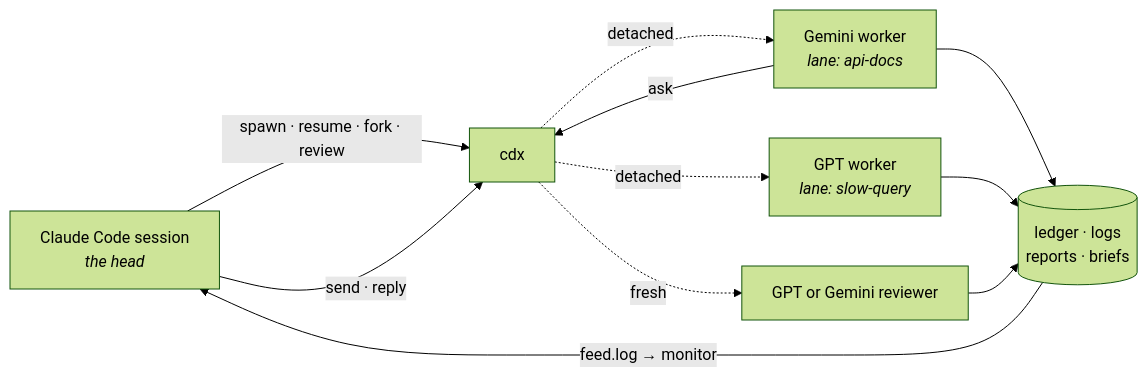
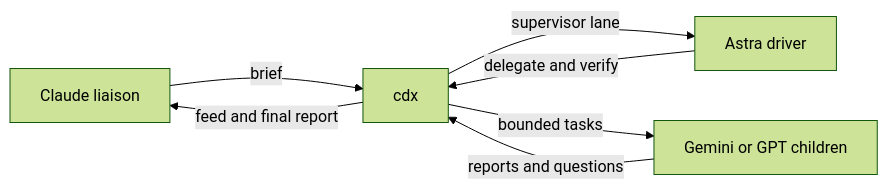
One commit to RedesignedRobot/cdx changed the diagram in README.md. Above: the diagram before and after it, drawn with Mermaid (forest theme). The commit also changed other lines of this file and 4 other files, not shown here.

First line of the commit message:
cdx 4.0.0: Astra drives, lean tests, doctor covers every Codex home

````diff
--- a/README.md
+++ b/README.md
@@ -109,13 +109,9 @@
 ```mermaid
 flowchart LR
-    head["Claude Code session<br/><i>the head</i>"] -->|spawn · resume · fork · review| cdx["cdx"]
-    head -->|send · reply| cdx
-    cdx -.->|detached| w1["Gemini worker<br/><i>lane: api-docs</i>"]
-    cdx -.->|detached| w2["GPT worker<br/><i>lane: slow-query</i>"]
-    cdx -.->|fresh| w3["GPT or Gemini reviewer"]
-    w1 -->|ask| cdx
-    w1 --> state[("ledger · logs<br/>reports · briefs")]
-    w2 --> state
-    w3 --> state
-    state -->|feed.log → monitor| head
+    liaison["Claude liaison"] -->|brief| cdx["cdx"]
+    cdx -->|supervisor lane| astra["Astra driver"]
+    astra -->|delegate and verify| cdx
+    cdx -->|bounded tasks| children["Gemini or GPT children"]
+    children -->|reports and questions| cdx
+    cdx -->|feed and final report| liaison
 ```
````
